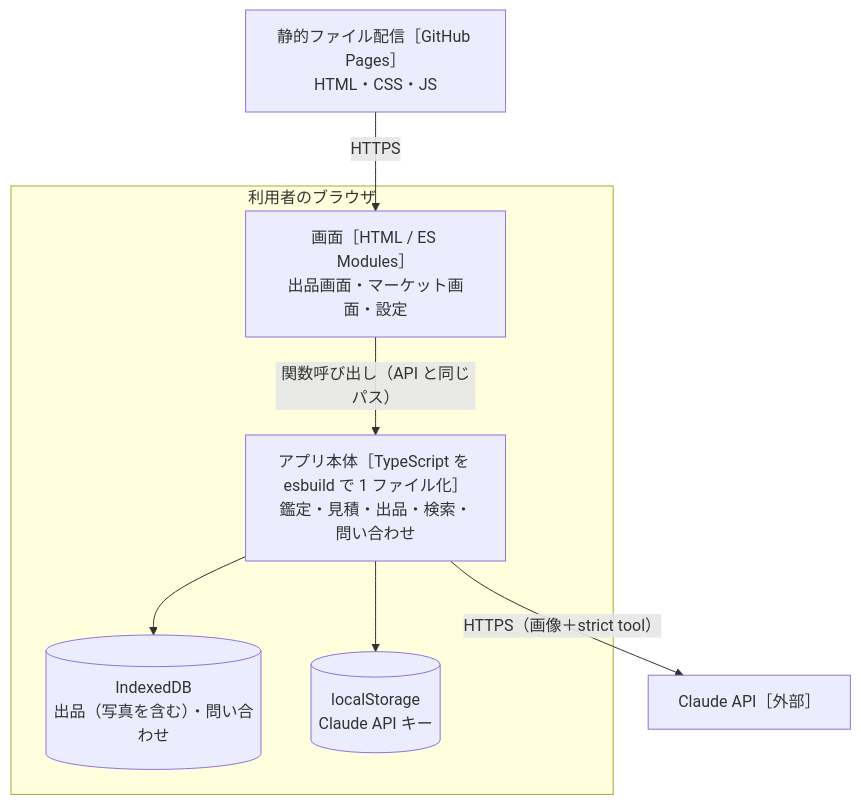
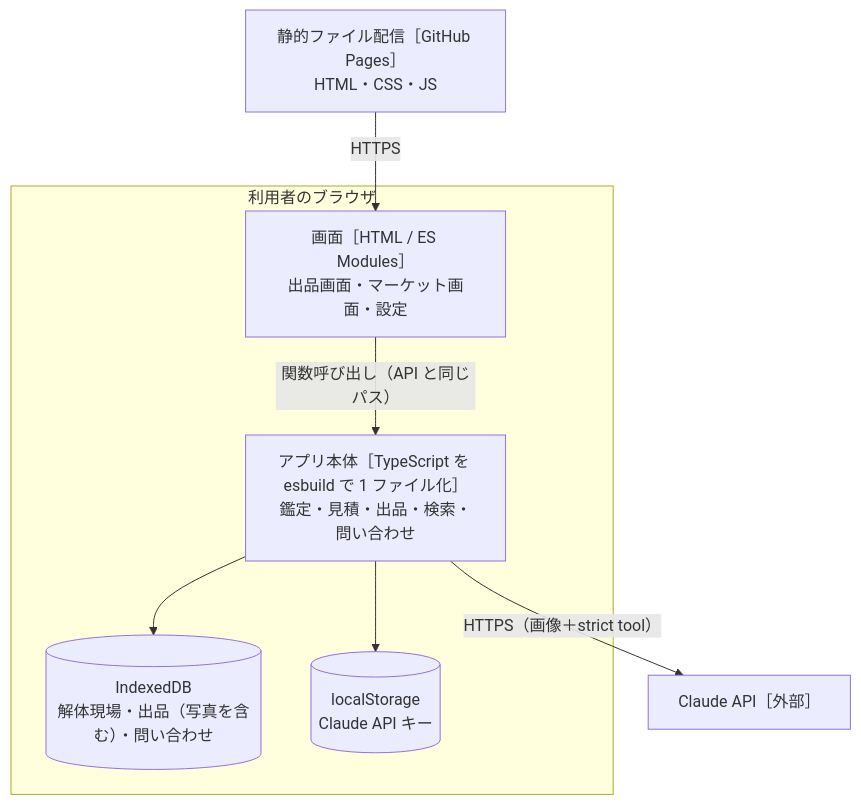
The second of 3 diagrams in docs/design.md (kotonara-tech/kototech-team-cominka), drawn with Mermaid before and after one commit. The commit also changed other lines of this file and 17 other files, not shown here.

````diff
--- a/docs/design.md
+++ b/docs/design.md
@@ -39,16 +39,16 @@
 ```mermaid
 flowchart TB
   pages["静的ファイル配信［GitHub Pages］<br/>HTML・CSS・JS"]
   subgraph browser["利用者のブラウザ"]
     web["画面［HTML / ES Modules］<br/>出品画面・マーケット画面・設定"]
     app["アプリ本体［TypeScript を esbuild で 1 ファイル化］<br/>鑑定・見積・出品・検索・問い合わせ"]
-    idb[("IndexedDB<br/>出品（写真を含む）・問い合わせ")]
+    idb[("IndexedDB<br/>解体現場・出品（写真を含む）・問い合わせ")]
     ls[("localStorage<br/>Claude API キー")]
   end
   ai["Claude API［外部］"]
   pages -->|HTTPS| web
   web -->|関数呼び出し（API と同じパス）| app
   app --> idb
   app --> ls
   app -->|HTTPS（画像＋strict tool）| ai
 ```
````
